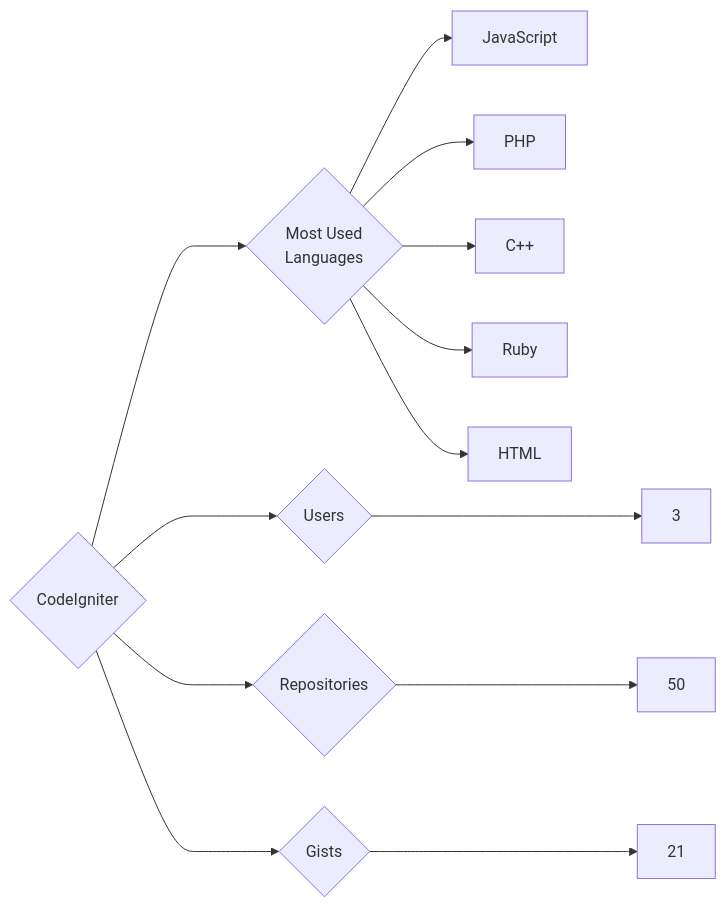
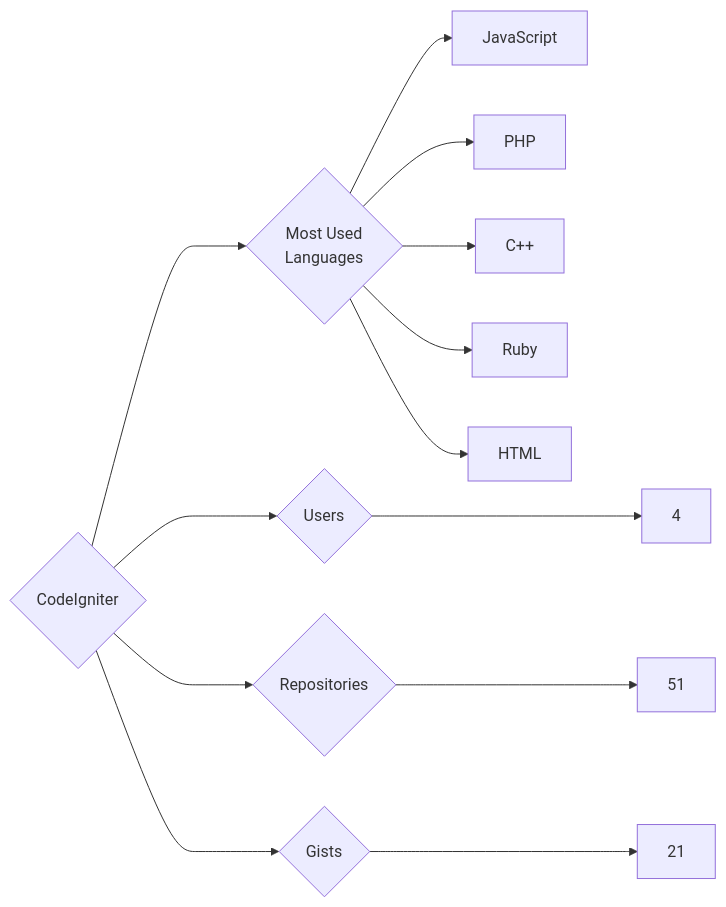
One commit to trickest/insiders changed the diagram in targets/CodeIgniter/README.md. Above: the diagram before and after it, drawn with Mermaid. The commit also changed 699 other files, not shown here.

````diff
--- a/targets/CodeIgniter/README.md
+++ b/targets/CodeIgniter/README.md
@@ -3,13 +3,13 @@
 ```mermaid
 graph LR
 COMPANY_NAME{CodeIgniter}
-COMPANY_NAME ---> U{Users} ---> UN[3]
-COMPANY_NAME ---> R{Repositories} ---> RN[50]
+COMPANY_NAME ---> U{Users} ---> UN[4]
+COMPANY_NAME ---> R{Repositories} ---> RN[51]
 COMPANY_NAME ---> G{Gists} ---> GN[21]
 COMPANY_NAME ---> ML{Most Used<br>Languages}
 ML --> JavaScript[JavaScript]
 ML --> PHP[PHP]
 ML --> C++[C++]
 ML --> Ruby[Ruby]
 ML --> HTML[HTML]
 ```
````
